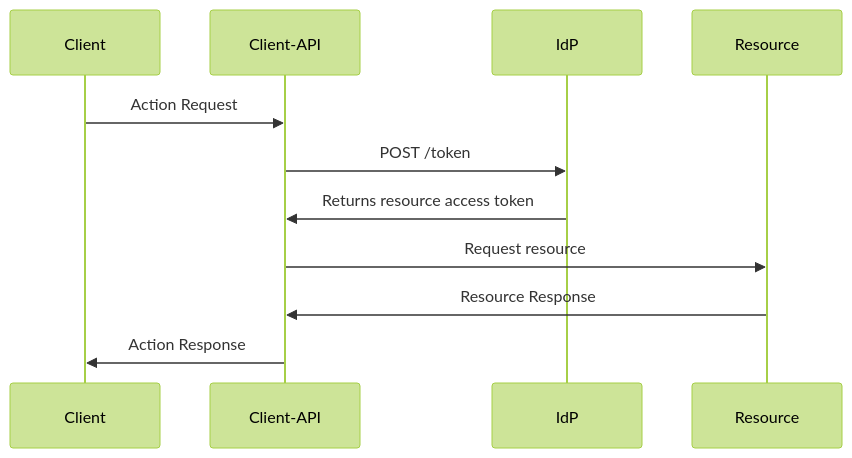
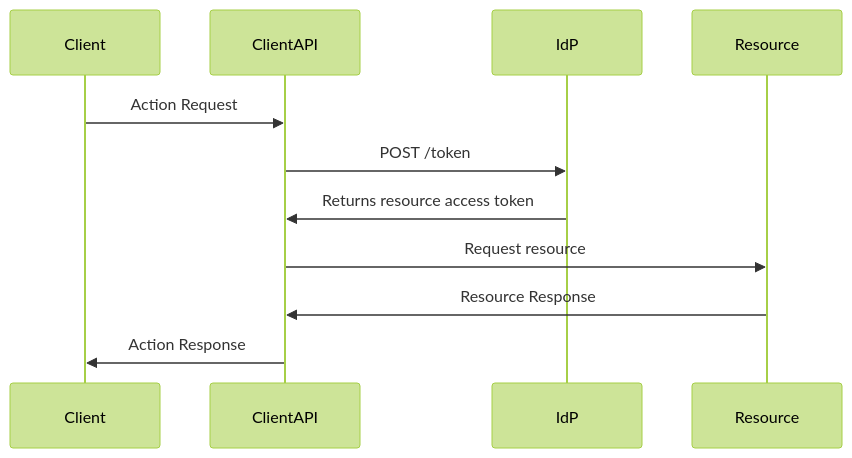
Before and after one commit to StrawbrryFlurry/ozone: the second of 2 diagrams in docs/identity/authorization-model.md, drawn with Mermaid (forest theme).

Commit message:
🔨 [docs/identity] Fix sequence diagram for gh md

````diff
--- a/docs/identity/authorization-model.md
+++ b/docs/identity/authorization-model.md
@@ -127,14 +127,14 @@
 ```mermaid
 sequenceDiagram
     participant Client
-    participant Client-API
+    participant ClientAPI
     participant IdP
     participant Resource
 
-    Client->>Client-API: Action Request
-    Client-API->>IdP: POST /token
-    IdP->>Client-API: Returns resource access token
-    Client-API->>Resource: Request resource
-    Resource->>Client-API: Resource Response
-    Client-API->>Client: Action Response
+    Client->>ClientAPI: Action Request
+    ClientAPI->>IdP: POST /token
+    IdP->>ClientAPI: Returns resource access token
+    ClientAPI->>Resource: Request resource
+    Resource->>ClientAPI: Resource Response
+    ClientAPI->>Client: Action Response
 ```
````
